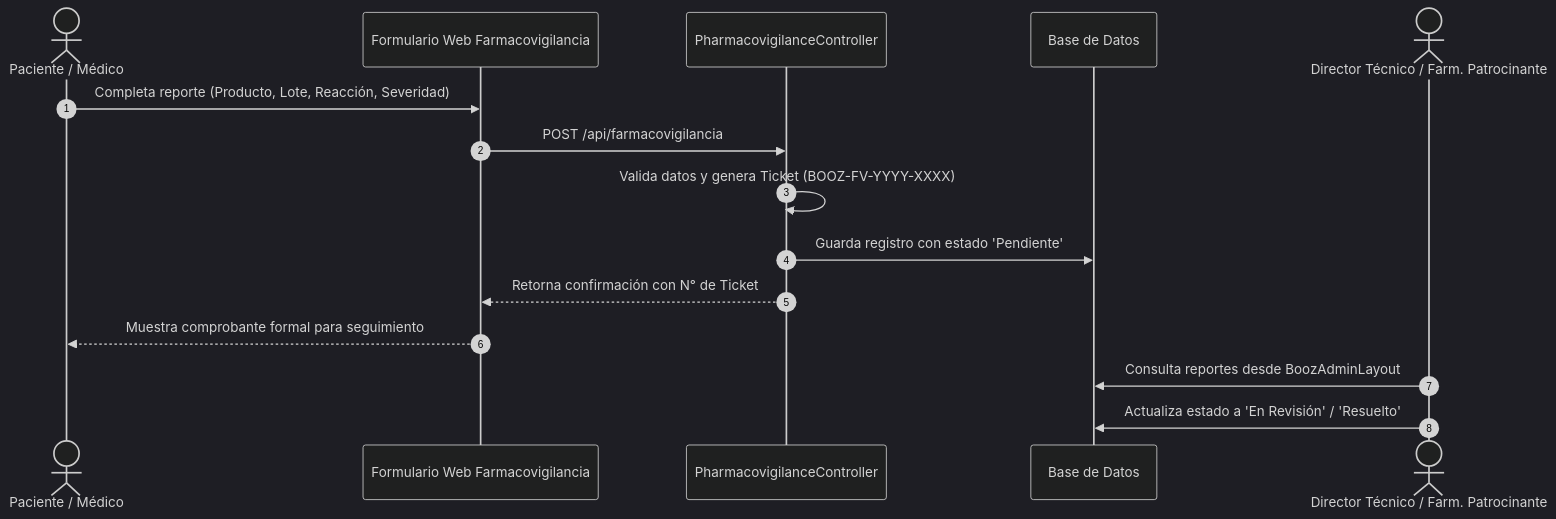
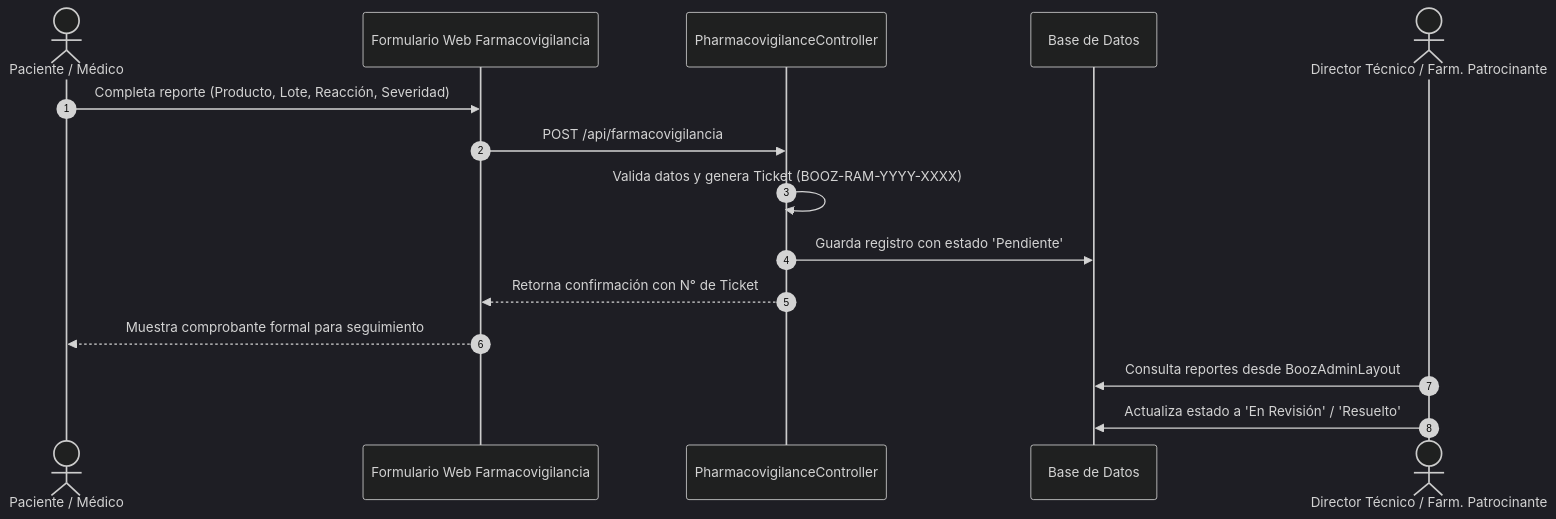
One commit to MotaZorrilla/BoozLab changed the second of 2 diagrams in SPEC.md. Above: the diagram before and after it, drawn with Mermaid (dark theme). The commit also changed other lines of this file and 2 other files, not shown here.

````diff
--- a/SPEC.md
+++ b/SPEC.md
@@ -133,18 +151,18 @@
 ```mermaid
 sequenceDiagram
     autonumber
     actor U as Paciente / Médico
     participant Web as Formulario Web Farmacovigilancia
     participant API as PharmacovigilanceController
     participant DB as Base de Datos
     actor Admin as Director Técnico / Farm. Patrocinante
 
     U->>Web: Completa reporte (Producto, Lote, Reacción, Severidad)
     Web->>API: POST /api/farmacovigilancia
-    API->>API: Valida datos y genera Ticket (BOOZ-FV-YYYY-XXXX)
+    API->>API: Valida datos y genera Ticket (BOOZ-RAM-YYYY-XXXX)
     API->>DB: Guarda registro con estado 'Pendiente'
     API-->>Web: Retorna confirmación con N° de Ticket
     Web-->>U: Muestra comprobante formal para seguimiento
     Admin->>DB: Consulta reportes desde BoozAdminLayout
     Admin->>DB: Actualiza estado a 'En Revisión' / 'Resuelto'
 ```
````
